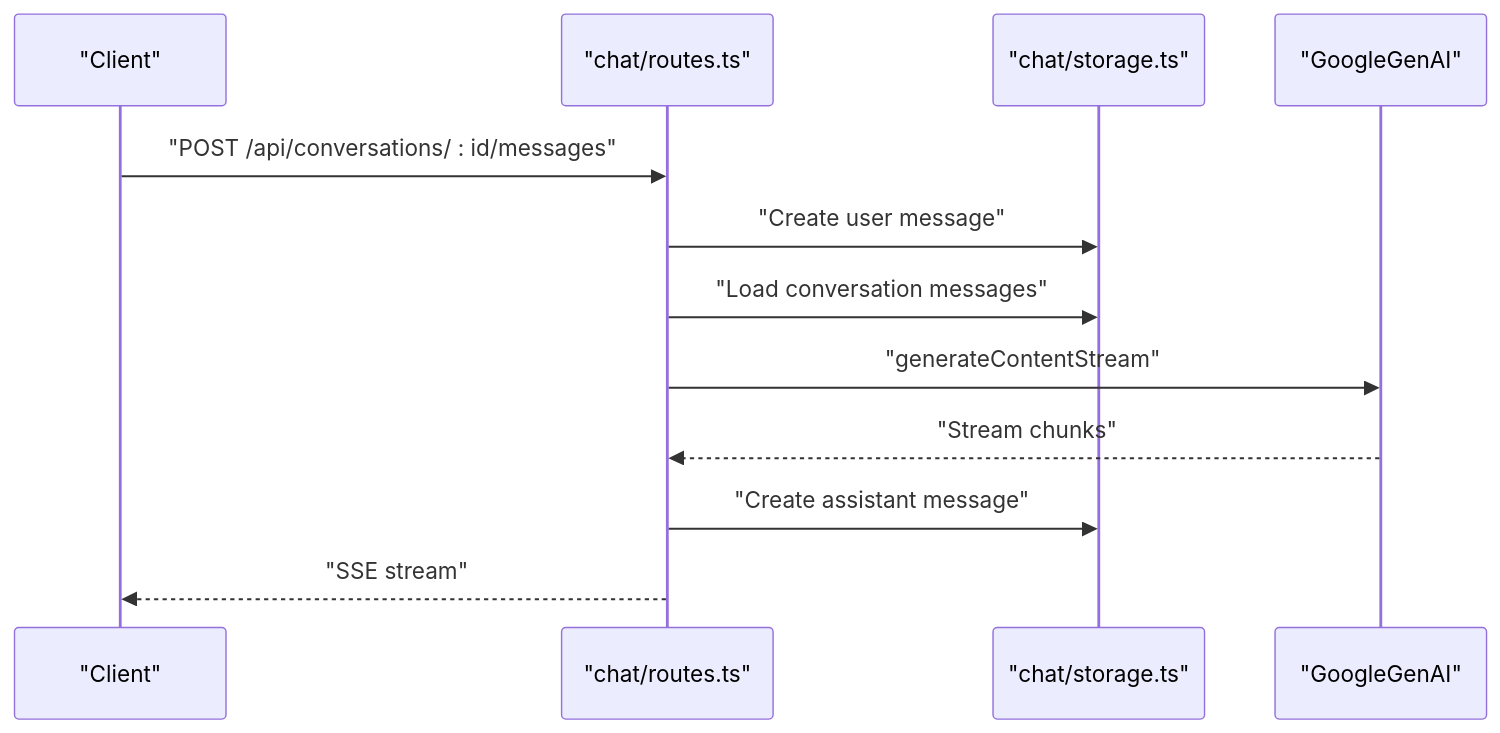
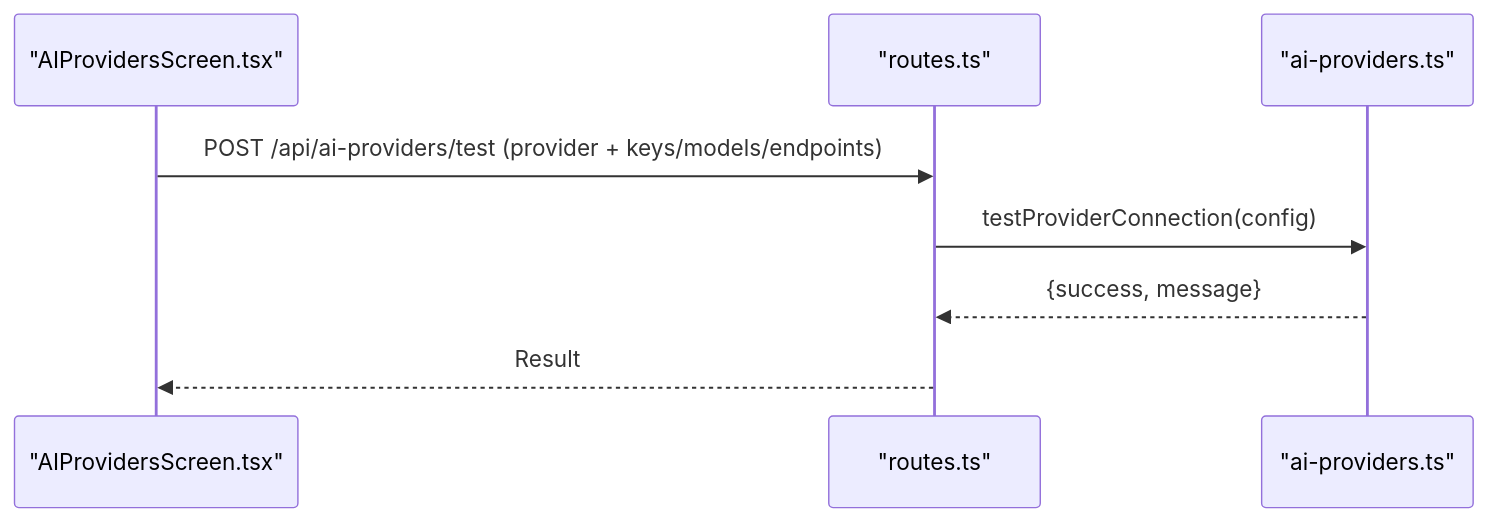
One commit to hunglevi87/Hidden-Gem changed the seventh of 9 diagrams in .qoder/repowiki/en/content/AI Integration/AI Integration.md. Above: the diagram before and after it, drawn with Mermaid. The commit also changed other lines of this file and 99 other files, not shown here.

````diff
--- a/.qoder/repowiki/en/content/AI Integration/AI Integration.md
+++ b/.qoder/repowiki/en/content/AI Integration/AI Integration.md
@@ -266,14 +252,10 @@
 ```mermaid
 sequenceDiagram
-participant Client as "Client"
-participant ChatRT as "chat/routes.ts"
-participant Storage as "chat/storage.ts"
-participant Gemini as "GoogleGenAI"
-Client->>ChatRT : "POST /api/conversations/ : id/messages"
-ChatRT->>Storage : "Create user message"
-ChatRT->>Storage : "Load conversation messages"
-ChatRT->>Gemini : "generateContentStream"
-Gemini-->>ChatRT : "Stream chunks"
-ChatRT->>Storage : "Create assistant message"
-ChatRT-->>Client : "SSE stream"
+participant UI as "AIProvidersScreen.tsx"
+participant API as "routes.ts"
+participant Prov as "ai-providers.ts"
+UI->>API : POST /api/ai-providers/test (provider + keys/models/endpoints)
+API->>Prov : testProviderConnection(config)
+Prov-->>API : {success, message}
+API-->>UI : Result
 ```
````
